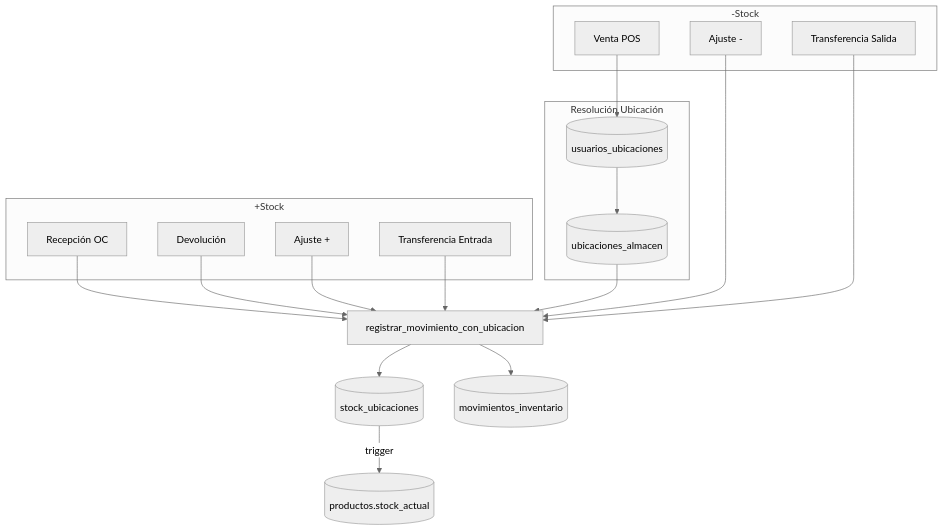
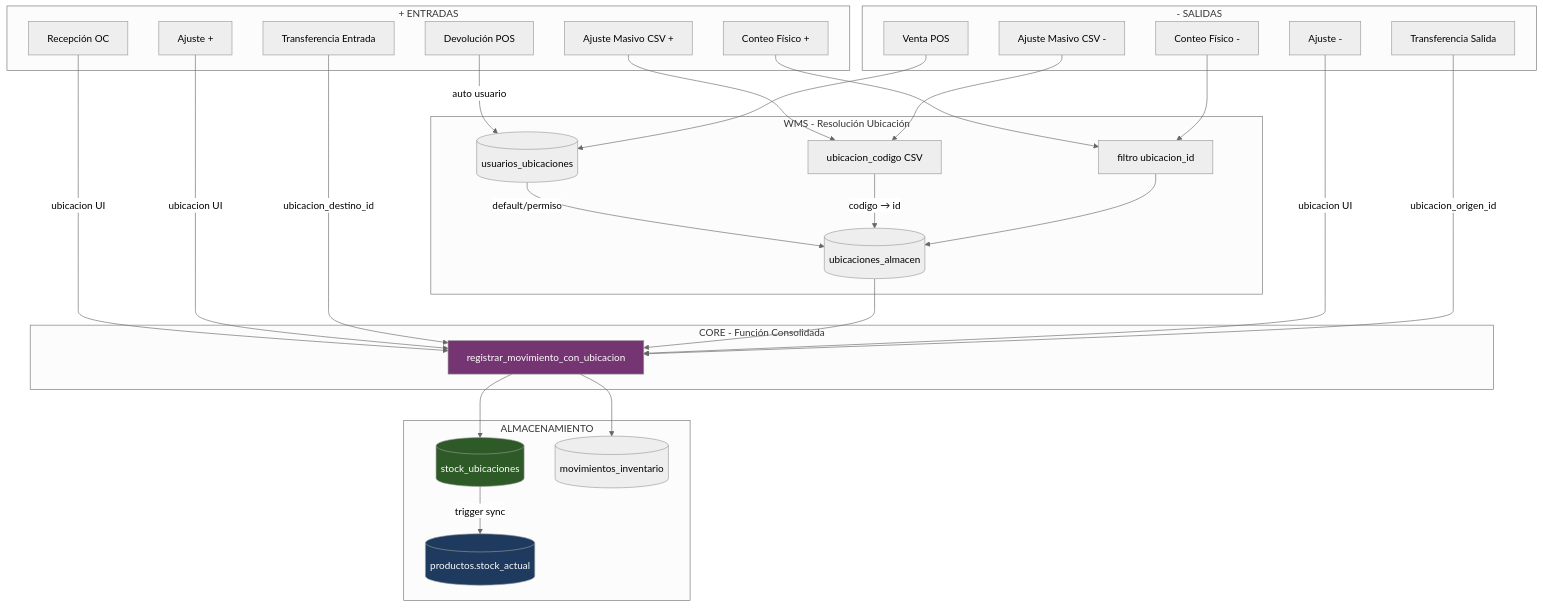
One commit to KikeTorillo/n8nAutomatizaciones changed the diagram in docs/MODULO_INVENTARIO_CONSOLIDACION_STOCK.md. Above: the diagram before and after it, drawn with Mermaid (neutral theme). The commit also changed other lines of this file and 23 other files, not shown here.

First line of the commit message:
feat(inventario): implementación completa gaps WMS y mejoras website

````diff
--- a/docs/MODULO_INVENTARIO_CONSOLIDACION_STOCK.md
+++ b/docs/MODULO_INVENTARIO_CONSOLIDACION_STOCK.md
@@ -21,38 +9,70 @@
 ```mermaid
 flowchart TB
-    subgraph ENTRADAS["+Stock"]
+    subgraph ENTRADAS["+ ENTRADAS"]
         OC[Recepción OC]
-        DEV[Devolución]
+        DEV[Devolución POS]
         AJE[Ajuste +]
         TRE[Transferencia Entrada]
+        CSV_E[Ajuste Masivo CSV +]
+        CNT_E[Conteo Físico +]
     end
 
-    subgraph SALIDAS["-Stock"]
+    subgraph SALIDAS["- SALIDAS"]
         VTA[Venta POS]
         AJS[Ajuste -]
         TRS[Transferencia Salida]
+        CSV_S[Ajuste Masivo CSV -]
+        CNT_S[Conteo Físico -]
     end
 
-    subgraph WMS["Resolución Ubicación"]
+    subgraph WMS["WMS - Resolución Ubicación"]
         UU[(usuarios_ubicaciones)]
         UA[(ubicaciones_almacen)]
+        CSV_U[ubicacion_codigo CSV]
+        CNT_U[filtro ubicacion_id]
     end
 
-    OC --> FN
-    DEV --> FN
-    AJE --> FN
-    TRE --> FN
+    subgraph CORE["CORE - Función Consolidada"]
+        FN[registrar_movimiento_con_ubicacion]
+    end
 
+    subgraph STORAGE["ALMACENAMIENTO"]
+        SU[(stock_ubicaciones)]
+        MI[(movimientos_inventario)]
+        SP[(productos.stock_actual)]
+    end
+
+    %% Entradas directas
+    OC -->|ubicacion UI| FN
+    DEV -->|auto usuario| UU
+    AJE -->|ubicacion UI| FN
+    TRE -->|ubicacion_destino_id| FN
+
+    %% Salidas con resolución
     VTA --> UU
-    UU --> UA
+    UU -->|default/permiso| UA
     UA --> FN
 
-    AJS --> FN
-    TRS --> FN
+    AJS -->|ubicacion UI| FN
+    TRS -->|ubicacion_origen_id| FN
 
-    FN[registrar_movimiento_con_ubicacion]
+    %% Ajustes Masivos CSV
+    CSV_E --> CSV_U
+    CSV_S --> CSV_U
+    CSV_U -->|codigo → id| UA
 
-    FN --> SU[(stock_ubicaciones)]
-    FN --> MI[(movimientos_inventario)]
-    SU -->|trigger| SP[(productos.stock_actual)]
+    %% Conteos Físicos
+    CNT_E --> CNT_U
+    CNT_S --> CNT_U
+    CNT_U --> UA
+
+    %% Core a Storage
+    FN --> SU
+    FN --> MI
+    SU -->|trigger sync| SP
+
+    %% Estilos
+    style FN fill:#753572,color:#fff
+    style SU fill:#2d5a27,color:#fff
+    style SP fill:#1e3a5f,color:#fff
 ```
````
